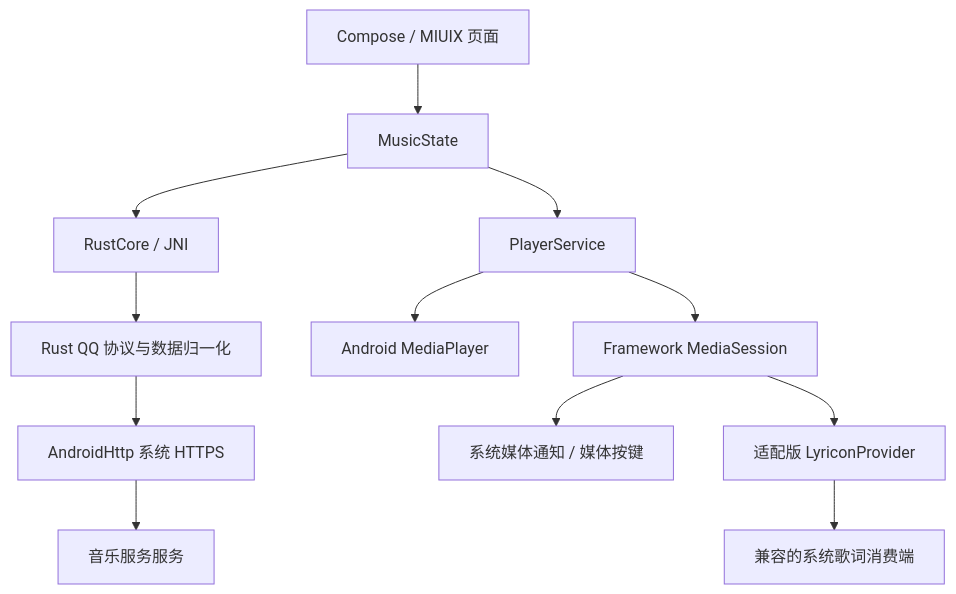
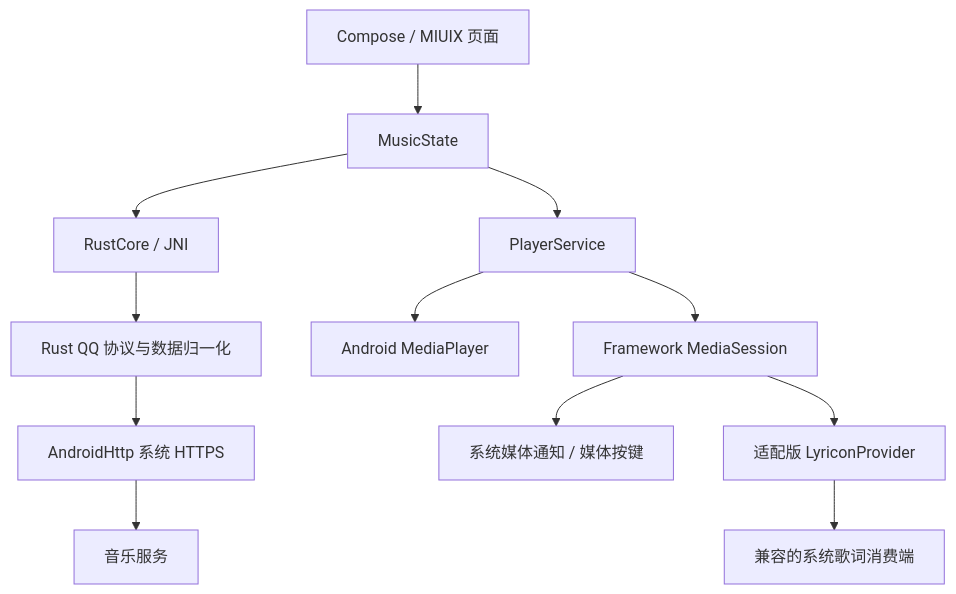
Before and after one commit to Memories-white/Auralis: the diagram in docs/ARCHITECTURE.md, drawn with Mermaid. The commit also changed other lines of this file and 21 other files, not shown here.

````diff
--- a/docs/ARCHITECTURE.md
+++ b/docs/ARCHITECTURE.md
@@ -7,14 +7,14 @@
 ```mermaid
 flowchart TD
     UI[Compose / MIUIX 页面] --> State[MusicState]
     State --> JNI[RustCore / JNI]
     JNI --> Core[Rust QQ 协议与数据归一化]
     Core --> HTTP[AndroidHttp 系统 HTTPS]
-    HTTP --> QQ[音乐服务服务]
+    HTTP --> QQ[音乐服务]
     State --> Service[PlayerService]
     Service --> Player[Android MediaPlayer]
     Service --> Session[Framework MediaSession]
     Session --> System[系统媒体通知 / 媒体按键]
     Session --> Provider[适配版 LyriconProvider]
     Provider --> Consumer[兼容的系统歌词消费端]
 ```
````
